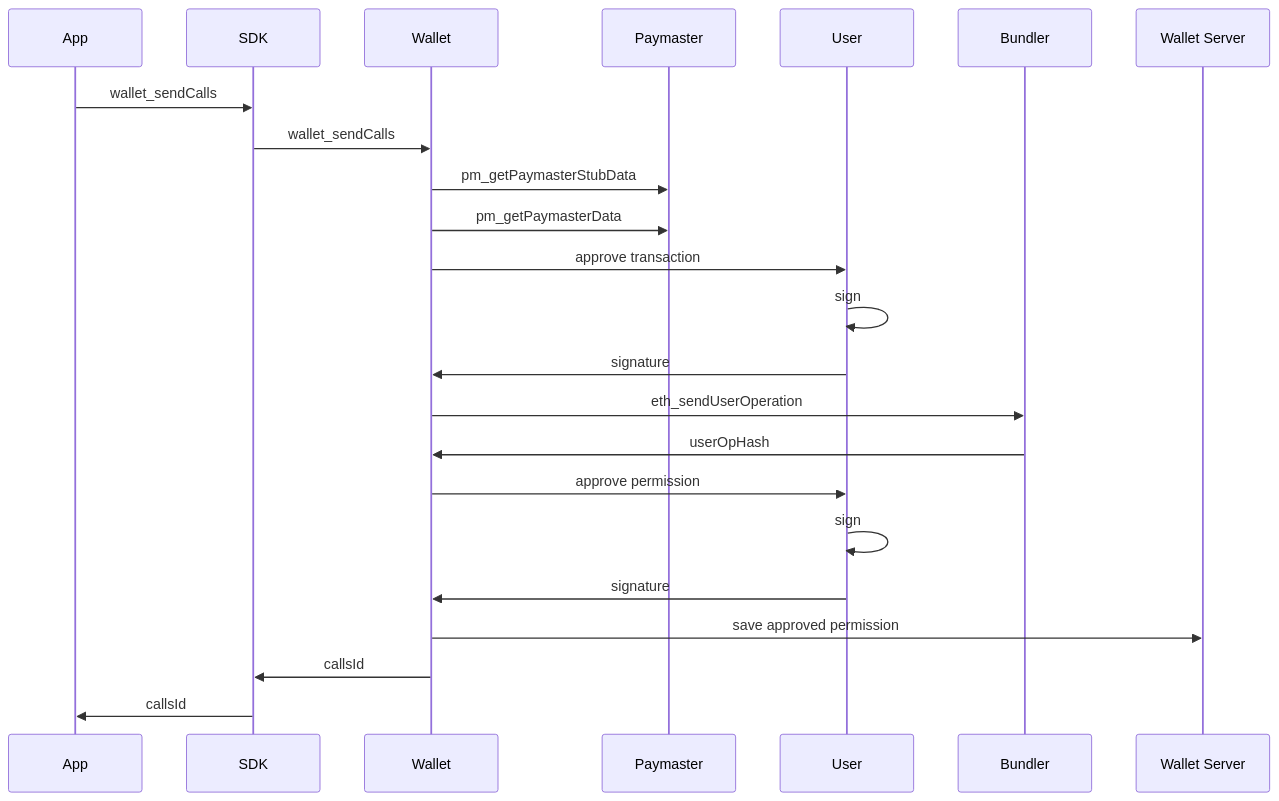
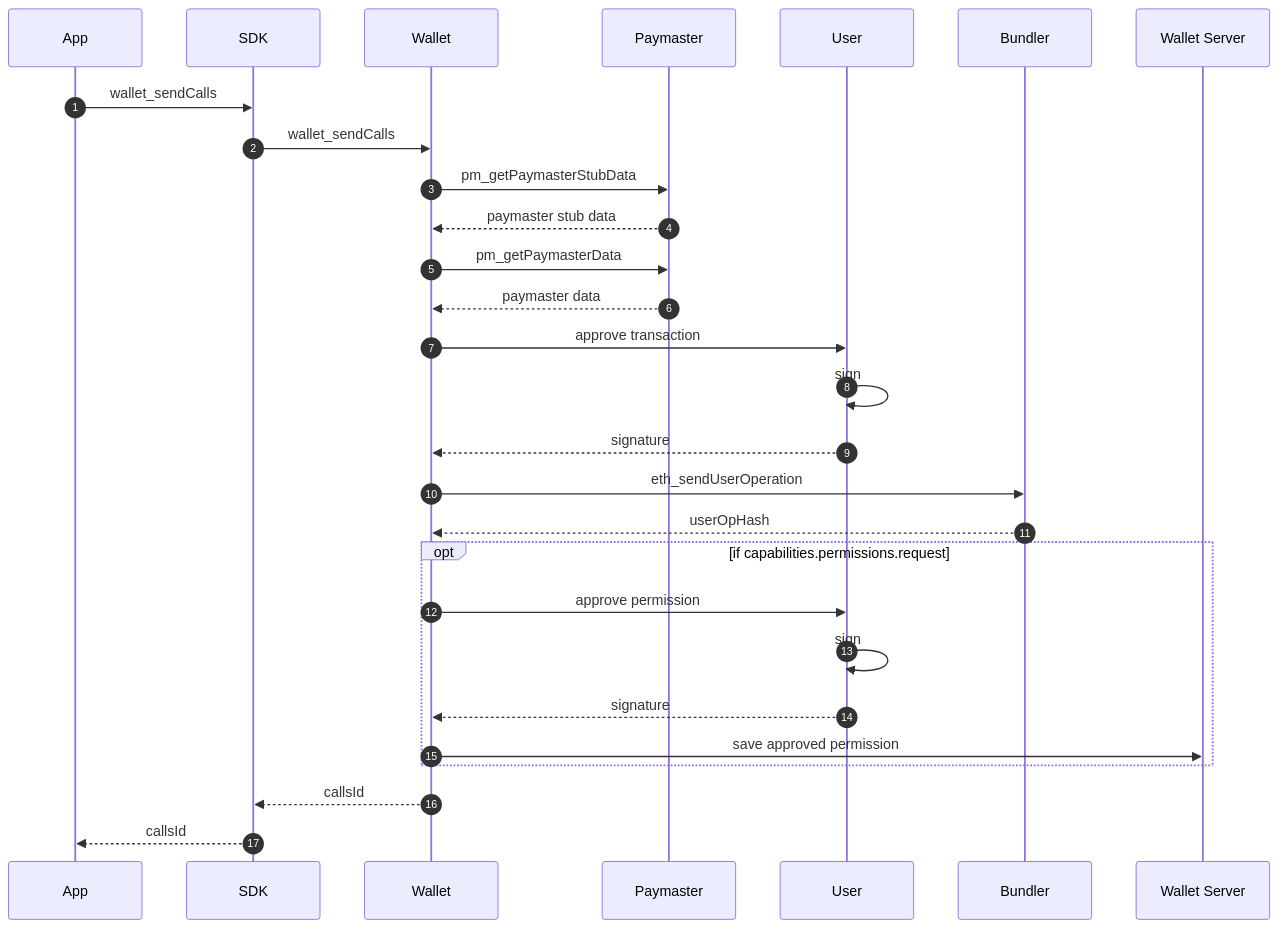
One commit to coinbase/smart-wallet-permissions changed the diagram in docs/diagrams/sendCalls_capabilitiesPermissionsRequest.md. Above: the diagram before and after it, drawn with Mermaid. The commit also changed other lines of this file and 3 other files, not shown here.

Commit message:
Clean diagrams

````diff
--- a/docs/diagrams/sendCalls_capabilitiesPermissionsRequest.md
+++ b/docs/diagrams/sendCalls_capabilitiesPermissionsRequest.md
@@ -3,18 +3,31 @@
 ```mermaid
 sequenceDiagram
-    App->>SDK: wallet_sendCalls
-    SDK->>Wallet: wallet_sendCalls
-    Wallet->>Paymaster: pm_getPaymasterStubData
-    Wallet->>Paymaster: pm_getPaymasterData
-    Wallet->>User: approve transaction
-    User->>User: sign
-    User->>Wallet: signature
-    Wallet->>Bundler: eth_sendUserOperation
-    Bundler->>Wallet: userOpHash
-    Wallet->>User: approve permission
-    User->>User: sign
-    User->>Wallet: signature
-    Wallet->>Wallet Server: save approved permission
-    Wallet->>SDK: callsId
-    SDK->>App: callsId
+    autonumber
+    participant A as App
+    participant SDK as SDK
+    participant W as Wallet
+    participant P as Paymaster
+    participant U as User
+    participant B as Bundler
+    participant WS as Wallet Server
+
+    A->>SDK: wallet_sendCalls
+    SDK->>W: wallet_sendCalls
+    W->>P: pm_getPaymasterStubData
+    P-->>W: paymaster stub data
+    W->>P: pm_getPaymasterData
+    P-->>W: paymaster data
+    W->>U: approve transaction
+    U->>U: sign
+    U-->>W: signature
+    W->>B: eth_sendUserOperation
+    B-->>W: userOpHash
+    opt if capabilities.permissions.request
+    W->>U: approve permission
+    U->>U: sign
+    U-->>W: signature
+    W->>WS: save approved permission
+    end
+    W-->>SDK: callsId
+    SDK-->>A: callsId
 ```
````
